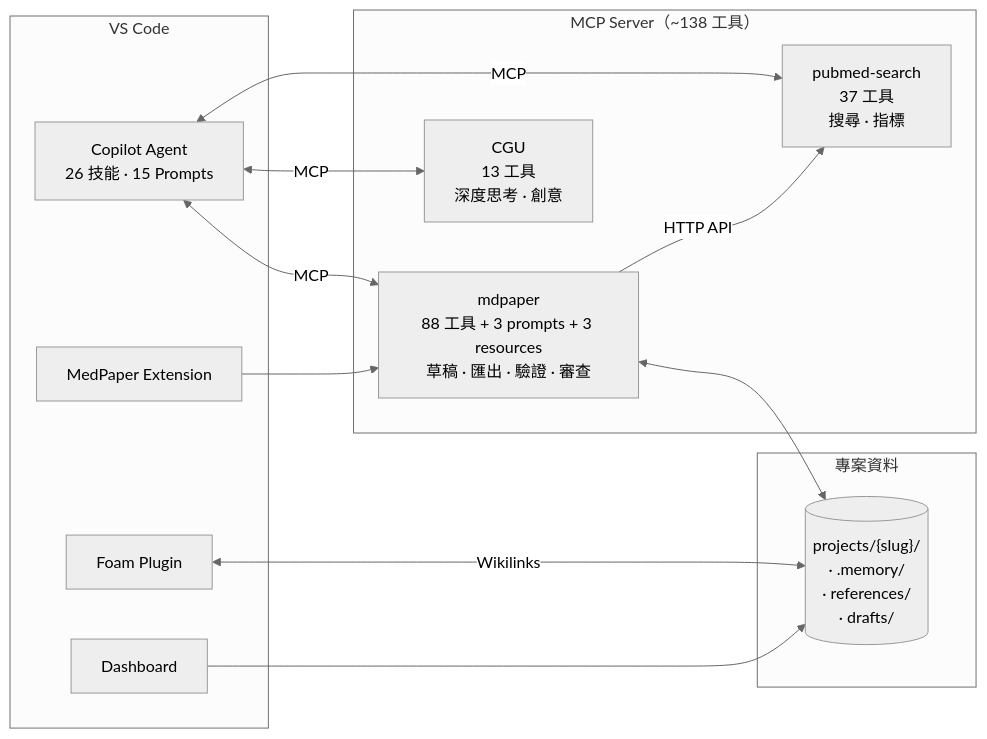
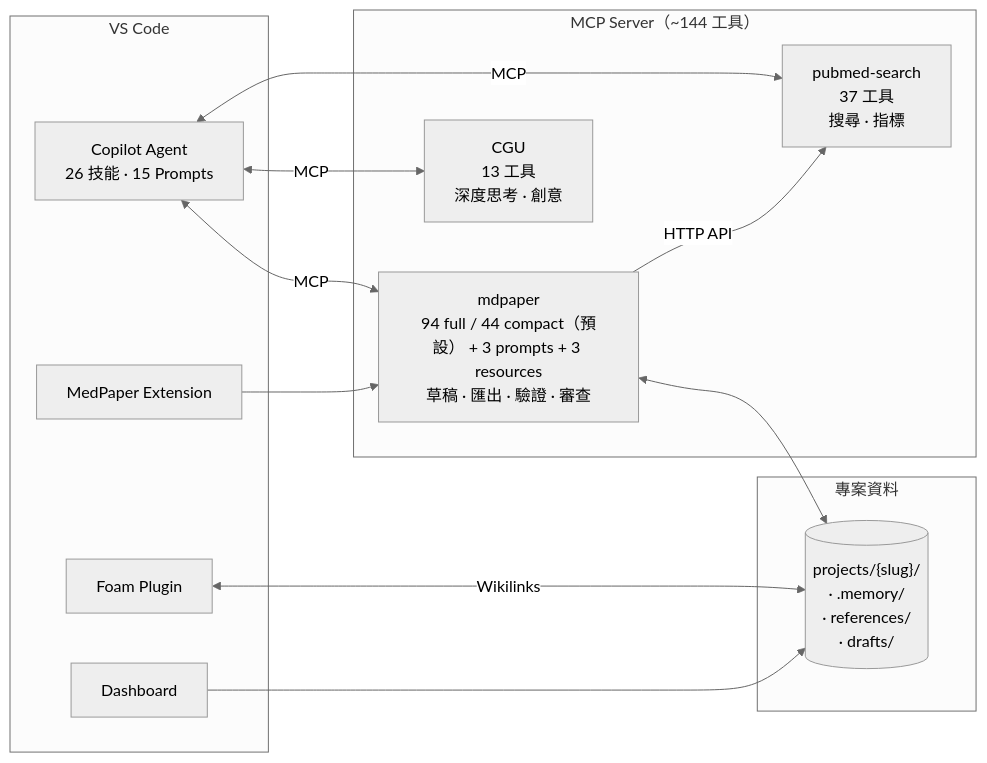
One commit to u9401066/med-paper-assistant changed the diagram in README.zh-TW.md. Above: the diagram before and after it, drawn with Mermaid (neutral theme). The commit also changed other lines of this file and 13 other files, not shown here.

````diff
--- a/README.zh-TW.md
+++ b/README.zh-TW.md
@@ -45,28 +45,28 @@
 ```mermaid
 flowchart LR
     subgraph IDE["VS Code"]
         Agent["Copilot Agent<br/>26 技能 · 15 Prompts"]
         Foam[Foam Plugin]
         Ext[MedPaper Extension]
         Dash[Dashboard]
     end
 
-    subgraph MCP["MCP Server（~138 工具）"]
-      mdpaper["mdpaper<br/>88 工具 + 3 prompts + 3 resources<br/>草稿 · 匯出 · 驗證 · 審查"]
+    subgraph MCP["MCP Server（~144 工具）"]
+      mdpaper["mdpaper<br/>94 full / 44 compact（預設） + 3 prompts + 3 resources<br/>草稿 · 匯出 · 驗證 · 審查"]
         pubmed["pubmed-search<br/>37 工具<br/>搜尋 · 指標"]
         cgu["CGU<br/>13 工具<br/>深度思考 · 創意"]
     end
 
     subgraph Data["專案資料"]
         proj[("projects/{slug}/<br/>· .memory/<br/>· references/<br/>· drafts/")]
     end
 
     Agent <-->|MCP| mdpaper
     Agent <-->|MCP| pubmed
     Agent <-->|MCP| cgu
     mdpaper -->|HTTP API| pubmed
     Foam <-->|Wikilinks| proj
     mdpaper <--> proj
     Ext --> mdpaper
     Dash --> proj
 ```
````
